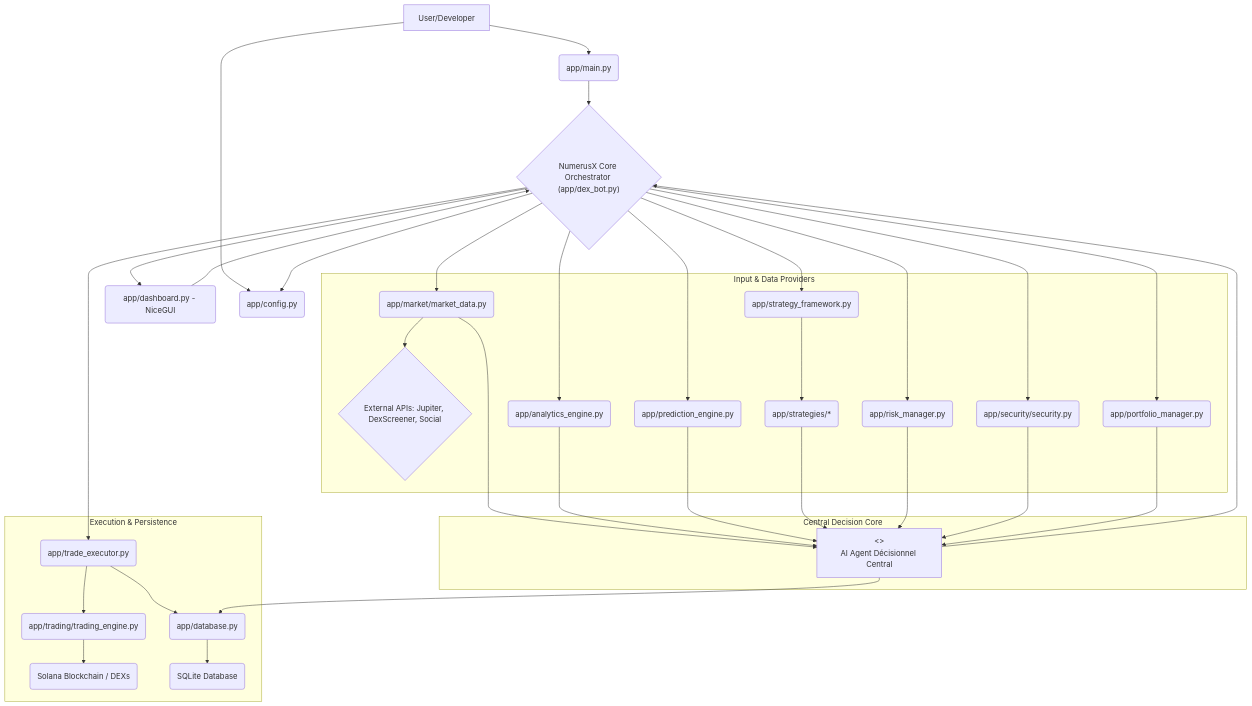
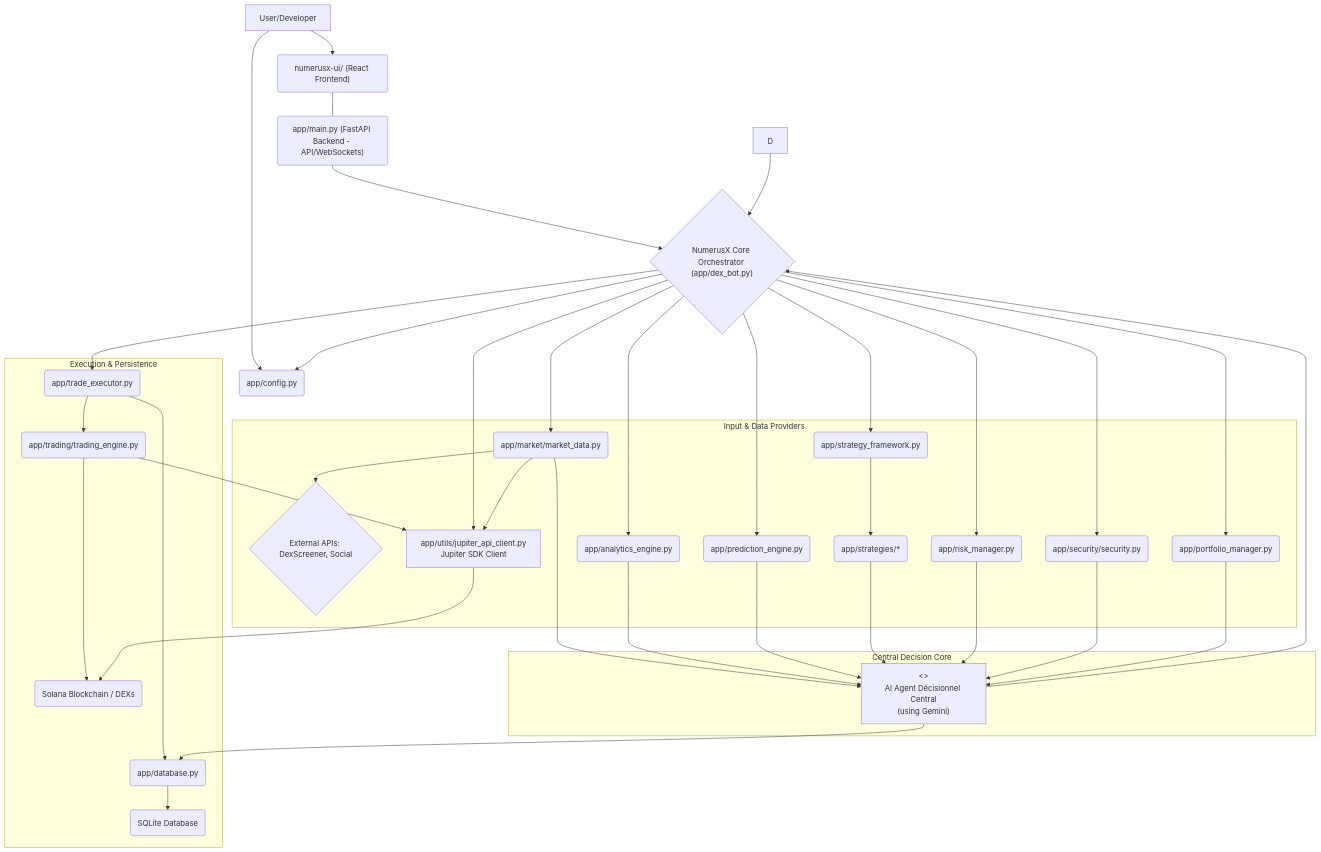
One commit to Alzok/NumerusX changed the first of 2 diagrams in README.md. Above: the diagram before and after it, drawn with Mermaid. The commit also changed other lines of this file and 22 other files, not shown here.

````diff
--- a/README.md
+++ b/README.md
@@ -41,60 +42,65 @@
 ```mermaid
 graph TD
-    A["User/Developer"] --> B("app/main.py");
-    B --> C{"NumerusX Core Orchestrator (app/dex_bot.py)"};
-    C --> D("app/dashboard.py - NiceGUI");
+    A["User/Developer"] --> UI_REACT("numerusx-ui/ (React Frontend)");
+    UI_REACT --- B_API("app/main.py (FastAPI Backend - API/WebSockets)");
+    B_API --> C{"NumerusX Core Orchestrator (app/dex_bot.py)"};
     
     subgraph "Input & Data Providers"
         DATASRC("app/market/market_data.py");
-        DATASRC --> EXTAPI{"External APIs: Jupiter, DexScreener, Social"};
+        DATASRC --> EXTAPI{"External APIs: DexScreener, Social"};
         TECH_ANALYSIS("app/analytics_engine.py");
         PREDICT_AI("app/prediction_engine.py");
         STRAT_FRWK("app/strategy_framework.py");
         USER_STRATS("app/strategies/*");
         RISK_INFO("app/risk_manager.py");
         SEC_INFO("app/security/security.py");
         PORT_INFO("app/portfolio_manager.py");
+        JUP_CLIENT_NODE["app/utils/jupiter_api_client.py<br>Jupiter SDK Client"];
     end
 
     subgraph "Central Decision Core"
-        AI_AGENT_CORE["<<app/ai_agent.py>>\nAI Agent Décisionnel Central"];
+        AI_AGENT_CORE["<<app/ai_agent.py>>\nAI Agent Décisionnel Central<br>(using Gemini)"];
     end
 
     subgraph "Execution & Persistence"
         EXEC_ENG("app/trade_executor.py");
         TRADE_SYS("app/trading/trading_engine.py");
         TRADE_SYS --> SOLANA("Solana Blockchain / DEXs");
         DB_STORE("app/database.py");
         DB_STORE --> SQLITEDB("SQLite Database");
     end
 
     C --> DATASRC;
     C --> TECH_ANALYSIS;
     C --> PREDICT_AI;
     C --> STRAT_FRWK;
     STRAT_FRWK --> USER_STRATS;
     C --> RISK_INFO;
     C --> SEC_INFO;
     C --> PORT_INFO;
+    C --> JUP_CLIENT_NODE;
 
     DATASRC --> AI_AGENT_CORE;
+    DATASRC --> JUP_CLIENT_NODE;
     TECH_ANALYSIS --> AI_AGENT_CORE;
     PREDICT_AI --> AI_AGENT_CORE;
     USER_STRATS --> AI_AGENT_CORE;
     RISK_INFO --> AI_AGENT_CORE;
     SEC_INFO --> AI_AGENT_CORE;
     PORT_INFO --> AI_AGENT_CORE;
     
     AI_AGENT_CORE --> C;
     %% AI Agent returns decision to Orchestrator
     C --> EXEC_ENG;
     EXEC_ENG --> TRADE_SYS;
+    TRADE_SYS --> JUP_CLIENT_NODE;
+    JUP_CLIENT_NODE --> SOLANA;
     EXEC_ENG --> DB_STORE;
     %% For trade recording
     AI_AGENT_CORE --> DB_STORE;
     %% For decision logging
 
     D --> C;
     A --> F("app/config.py");
     C --> F;
 ```
````
